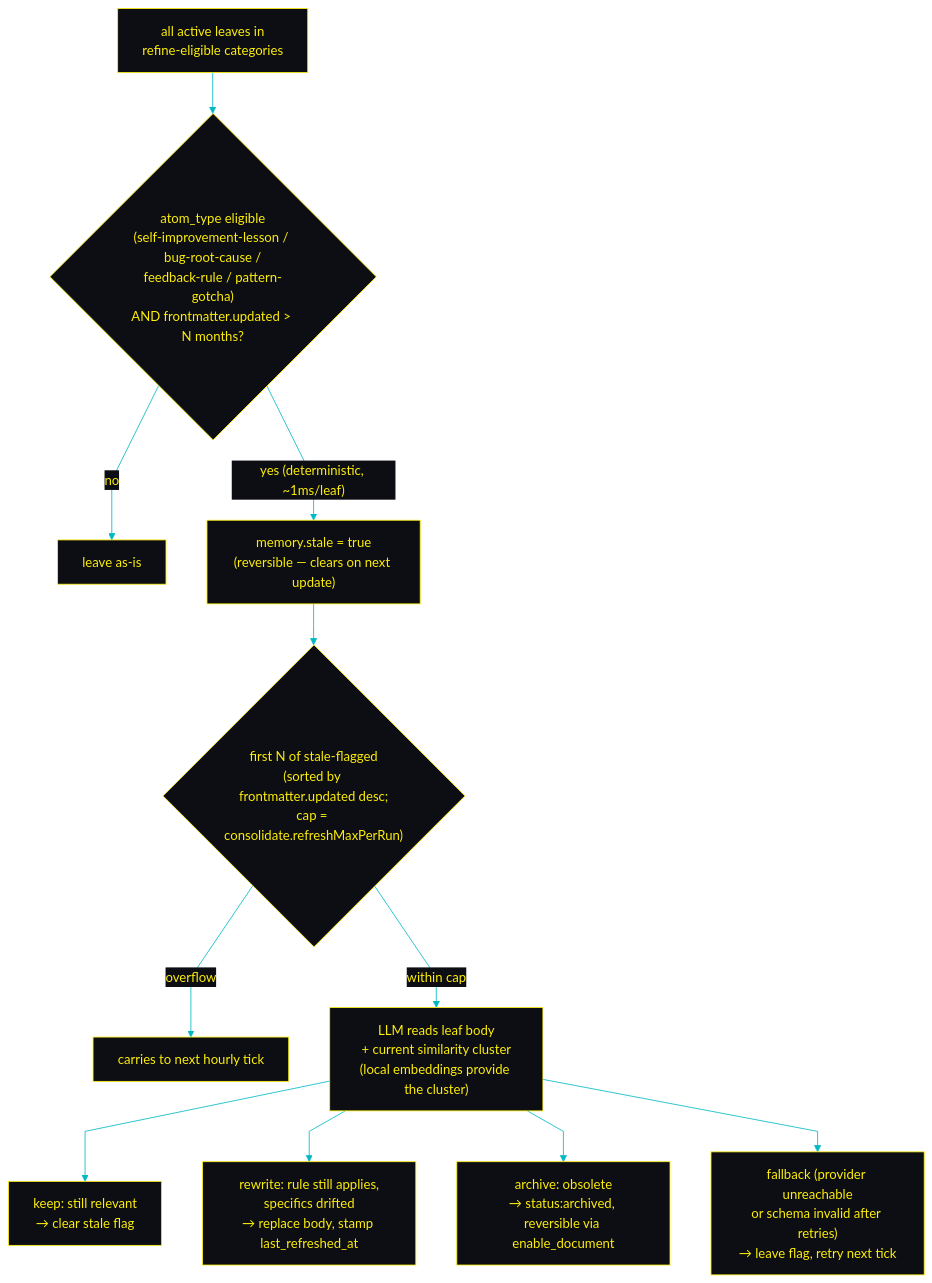
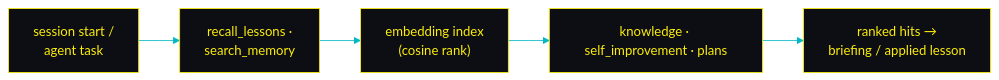
The third of 3 diagrams in README.md (ctxr-dev/llm-wiki-memory), drawn with Mermaid before and after one commit. The commit also changed other lines of this file and 3 other files, not shown here.

````diff
--- a/README.md
+++ b/README.md
@@ -316,15 +194,8 @@
 ```mermaid
 %%{init: {"theme":"base","flowchart":{"curve":"linear"},"themeVariables":{"lineColor":"#00B8C4","primaryColor":"#0D0D14","primaryTextColor":"#FCEE0A","primaryBorderColor":"#FCEE0A","secondaryColor":"#16161E","tertiaryColor":"#16161E","clusterBkg":"#16161E","clusterBorder":"#00B8C4","edgeLabelBackground":"#0D0D14","textColor":"#00B8C4"}}}%%
-flowchart TD
-    A["all active leaves in<br/>refine-eligible categories"]
-    A --> B{"atom_type eligible<br/>(self-improvement-lesson / bug-root-cause /<br/>feedback-rule / pattern-gotcha)<br/>AND frontmatter.updated &gt; N months?"}
-    B -- "no" --> SKIP["leave as-is"]
-    B -- "yes (deterministic, ~1ms/leaf)" --> F["memory.stale = true<br/>(reversible — clears on next update)"]
-    F --> CAP{"first N of stale-flagged<br/>(sorted by frontmatter.updated desc;<br/>cap = consolidate.refreshMaxPerRun)"}
-    CAP -- "overflow" --> CARRY["carries to next hourly tick"]
-    CAP -- "within cap" --> LLM["LLM reads leaf body<br/>+ current similarity cluster<br/>(local embeddings provide the cluster)"]
-    LLM --> K["keep: still relevant<br/>→ clear stale flag"]
-    LLM --> R["rewrite: rule still applies,<br/>specifics drifted<br/>→ replace body, stamp last_refreshed_at"]
-    LLM --> AR["archive: obsolete<br/>→ status:archived, reversible via enable_document"]
-    LLM --> FB["fallback (provider unreachable<br/>or schema invalid after retries)<br/>→ leave flag, retry next tick"]
+flowchart LR
+    AG["session start /<br/>agent task"] --> RC["recall_lessons ·<br/>search_memory"]
+    RC --> EM["embedding index<br/>(cosine rank)"]
+    EM --> TR["knowledge · self_improvement · plans"]
+    TR --> OUT["ranked hits →<br/>briefing / applied lesson"]
 ```
````
